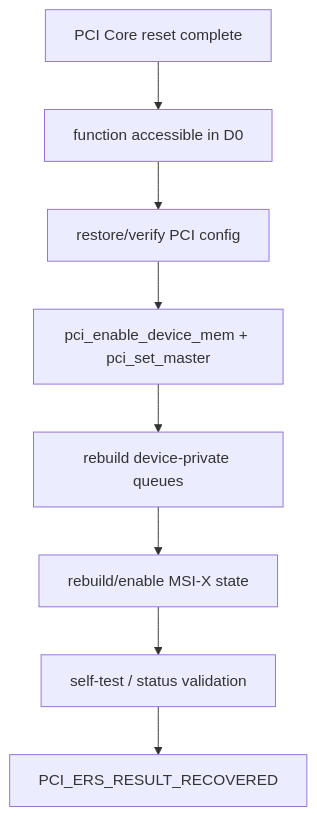
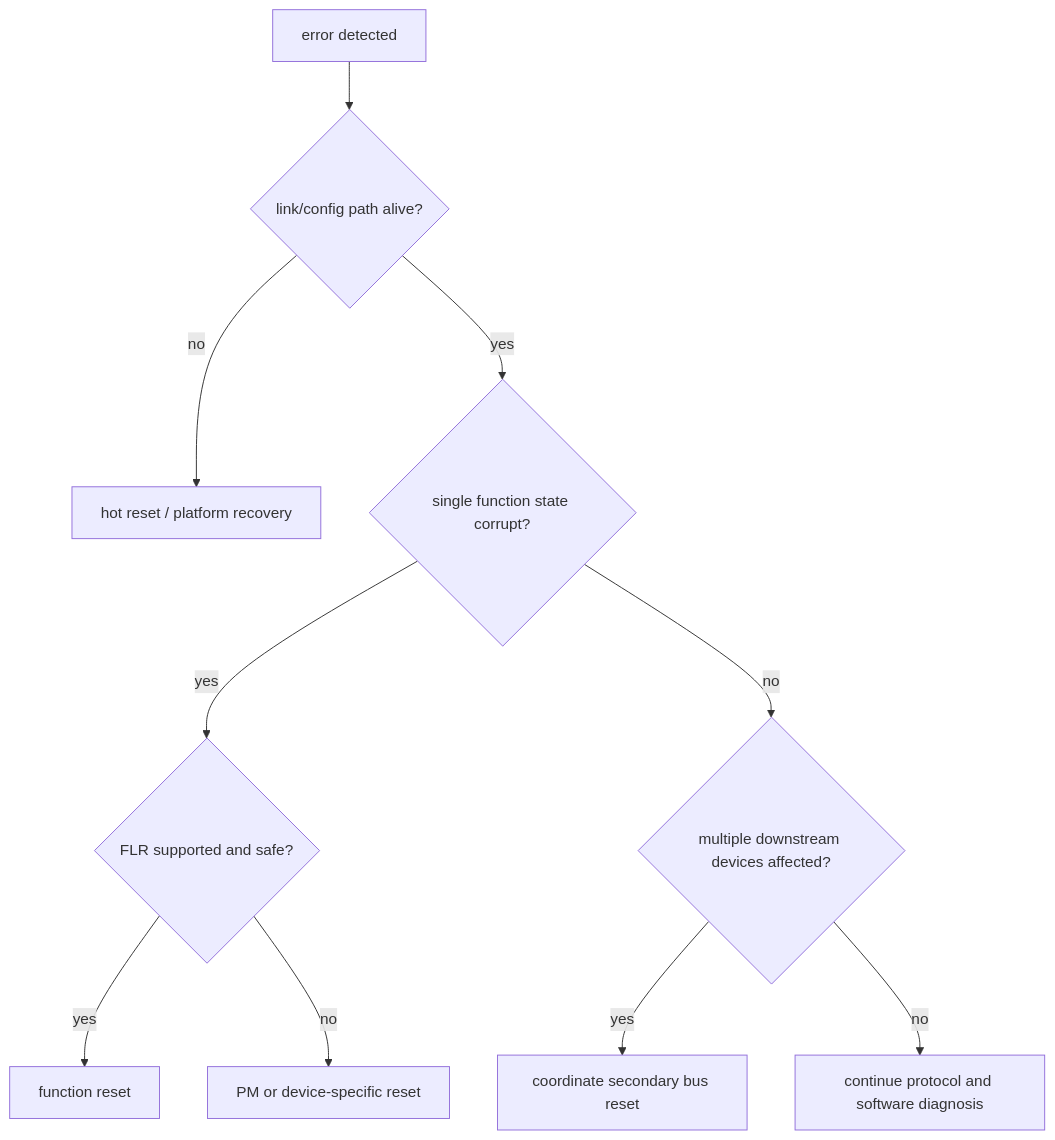
The third of 3 diagrams in docs/articles/pcie/pci-12-aer-flr-hot-reset-recovery.md (cdragon-ljl/EEandEdgeAI), drawn with Mermaid before and after one commit. The commit also changed other lines of this file and 4 other files, not shown here.

````diff
--- a/docs/articles/pcie/pci-12-aer-flr-hot-reset-recovery.md
+++ b/docs/articles/pcie/pci-12-aer-flr-hot-reset-recovery.md
@@ -228,10 +196,12 @@
 ```mermaid
 flowchart TD
-    RESET[PCI Core reset complete] --> D0[function accessible in D0]
-    D0 --> CFG[restore/verify PCI config]
-    CFG --> MASTER[pci_enable_device_mem + pci_set_master]
-    MASTER --> PRIV[rebuild device-private queues]
-    PRIV --> IRQ[rebuild/enable MSI-X state]
-    IRQ --> TEST[self-test / status validation]
-    TEST --> VOTE[PCI_ERS_RESULT_RECOVERED]
+    ERR[error detected] --> LINK{link/config path alive?}
+    LINK -- no --> HOT[hot reset / platform recovery]
+    LINK -- yes --> FUNC{single function state corrupt?}
+    FUNC -- yes --> FLR{FLR supported and safe?}
+    FLR -- yes --> DOFLR[function reset]
+    FLR -- no --> PM[PM or device-specific reset]
+    FUNC -- no --> BUS{multiple downstream devices affected?}
+    BUS -- yes --> SBR[coordinate secondary bus reset]
+    BUS -- no --> DIAG[continue protocol and software diagnosis]
 ```
````
